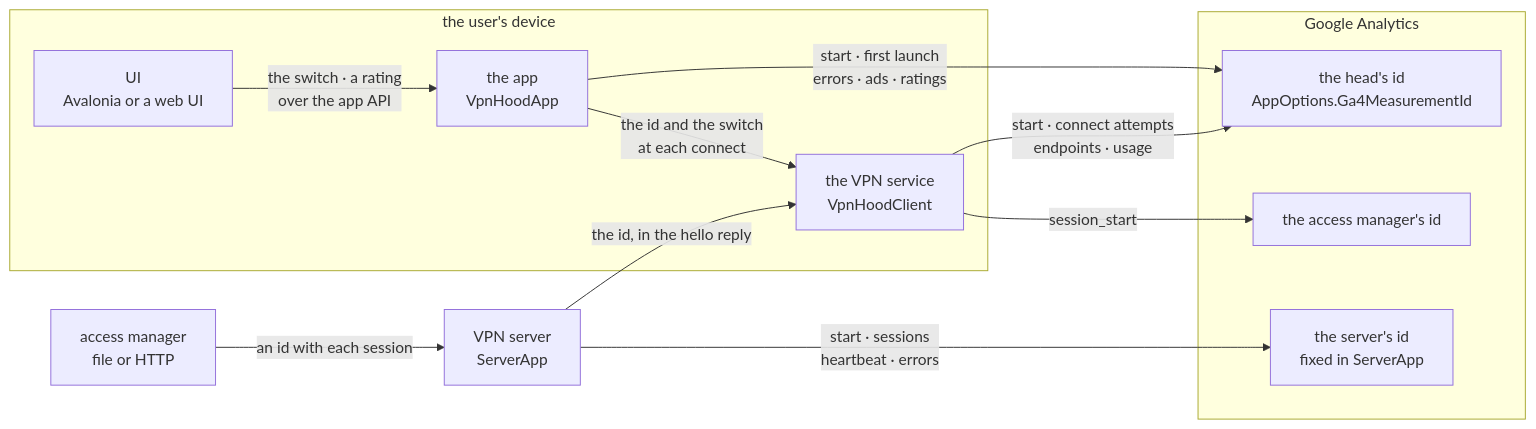
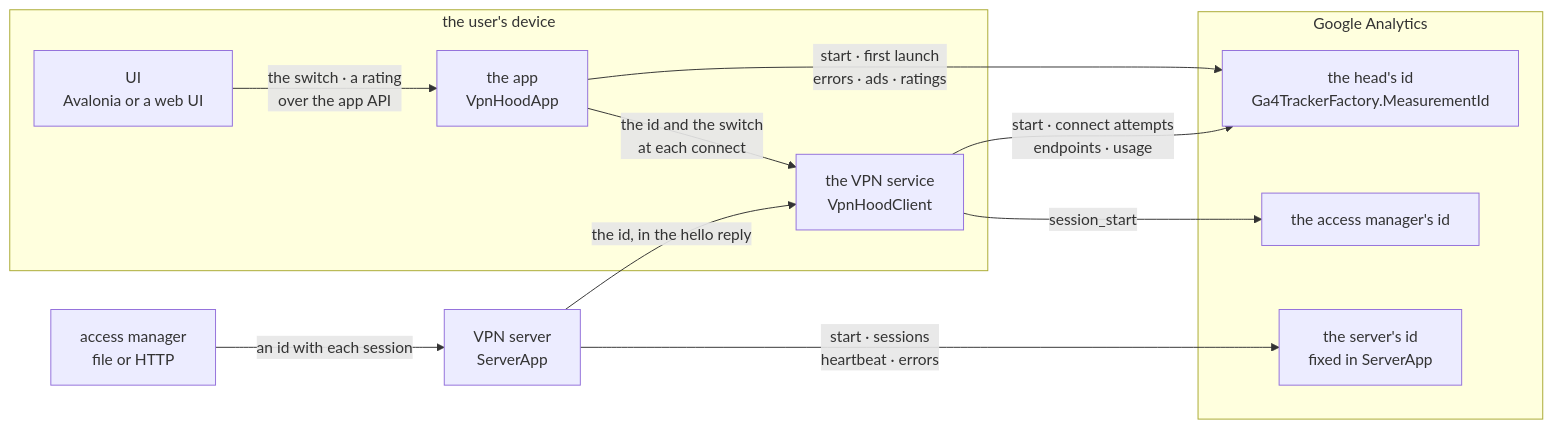
One commit to vpnhood/VpnHood changed the first of 2 diagrams in docs/tracking/README.md. Above: the diagram before and after it, drawn with Mermaid. The commit also changed other lines of this file and 38 other files, not shown here.

````diff
--- a/docs/tracking/README.md
+++ b/docs/tracking/README.md
@@ -25,26 +25,26 @@
 ```mermaid
 graph LR
     subgraph device["the user's device"]
         UI["UI<br/>Avalonia or a web UI"]
         APP["the app<br/>VpnHoodApp"]
         SVC["the VPN service<br/>VpnHoodClient"]
     end
 
     AM["access manager<br/>file or HTTP"]
     SRV["VPN server<br/>ServerApp"]
 
     subgraph ga["Google Analytics"]
-        HEADID["the head's id<br/>AppOptions.Ga4MeasurementId"]
+        HEADID["the head's id<br/>Ga4TrackerFactory.MeasurementId"]
         AMID["the access manager's id"]
         SRVID["the server's id<br/>fixed in ServerApp"]
     end
 
     UI -- "the switch · a rating<br/>over the app API" --> APP
     APP -- "the id and the switch<br/>at each connect" --> SVC
     APP -- "start · first launch<br/>errors · ads · ratings" --> HEADID
     SVC -- "start · connect attempts<br/>endpoints · usage" --> HEADID
     AM -- "an id with each session" --> SRV
     SRV -- "the id, in the hello reply" --> SVC
     SVC -- "session_start" --> AMID
     SRV -- "start · sessions<br/>heartbeat · errors" --> SRVID
 ```
````
